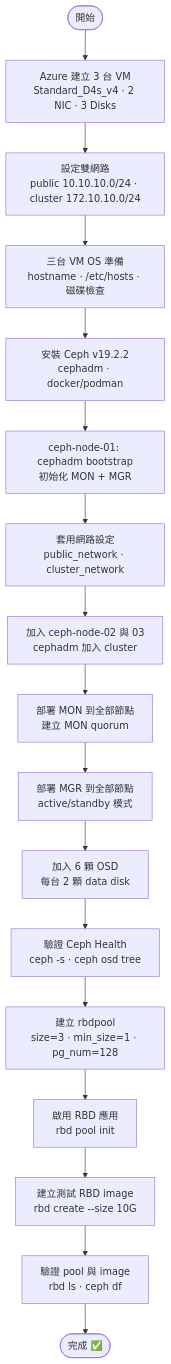
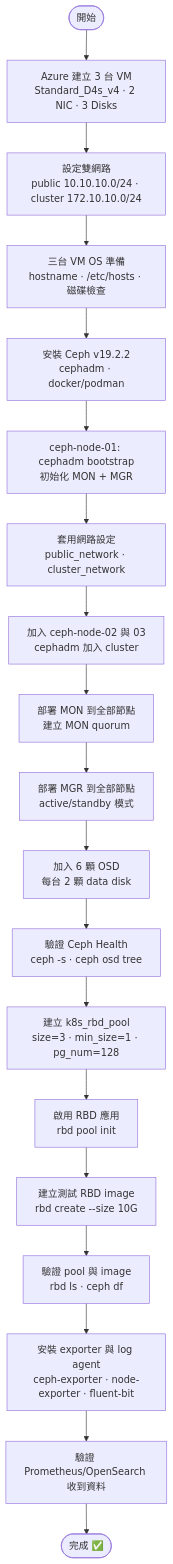
One commit to MansionLai/notebook changed the diagram in storage/3node-ceph/flowchart.md. Above: the diagram before and after it, drawn with Mermaid. The commit also changed other lines of this file and 28 other files, not shown here.

````diff
--- a/storage/3node-ceph/flowchart.md
+++ b/storage/3node-ceph/flowchart.md
@@ -16,19 +16,21 @@
 ```mermaid
 flowchart TD
     A([開始]) --> B[Azure 建立 3 台 VM\nStandard_D4s_v4 · 2 NIC · 3 Disks]
     B --> C[設定雙網路\npublic 10.10.10.0/24 · cluster 172.10.10.0/24]
     C --> D[三台 VM OS 準備\nhostname · /etc/hosts · 磁碟檢查]
     D --> E[安裝 Ceph v19.2.2\ncephadm · docker/podman]
     E --> F[ceph-node-01: cephadm bootstrap\n初始化 MON + MGR]
     F --> G[套用網路設定\npublic_network · cluster_network]
     G --> H[加入 ceph-node-02 與 03\ncephadm 加入 cluster]
     H --> I[部署 MON 到全部節點\n建立 MON quorum]
     I --> J[部署 MGR 到全部節點\nactive/standby 模式]
     J --> K[加入 6 顆 OSD\n每台 2 顆 data disk]
     K --> L[驗證 Ceph Health\nceph -s · ceph osd tree]
-    L --> M[建立 rbdpool\nsize=3 · min_size=1 · pg_num=128]
+    L --> M[建立 k8s_rbd_pool\nsize=3 · min_size=1 · pg_num=128]
     M --> N[啟用 RBD 應用\nrbd pool init]
     N --> O[建立測試 RBD image\nrbd create --size 10G]
     O --> P[驗證 pool 與 image\nrbd ls · ceph df]
-    P --> Q([完成 ✅])
+    P --> Q[安裝 exporter 與 log agent\nceph-exporter · node-exporter · fluent-bit]
+    Q --> R[驗證 Prometheus/OpenSearch 收到資料]
+    R --> S([完成 ✅])
 ```
````
